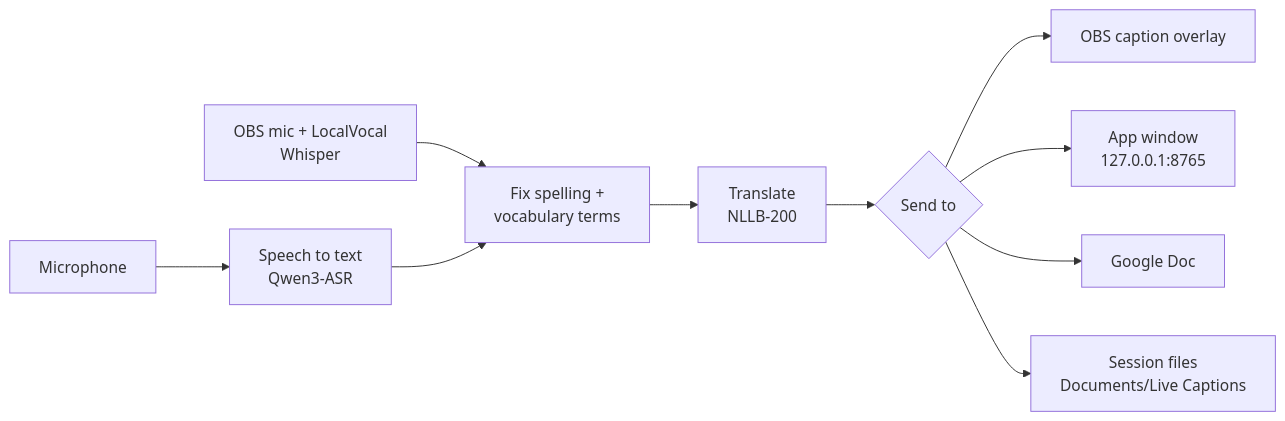
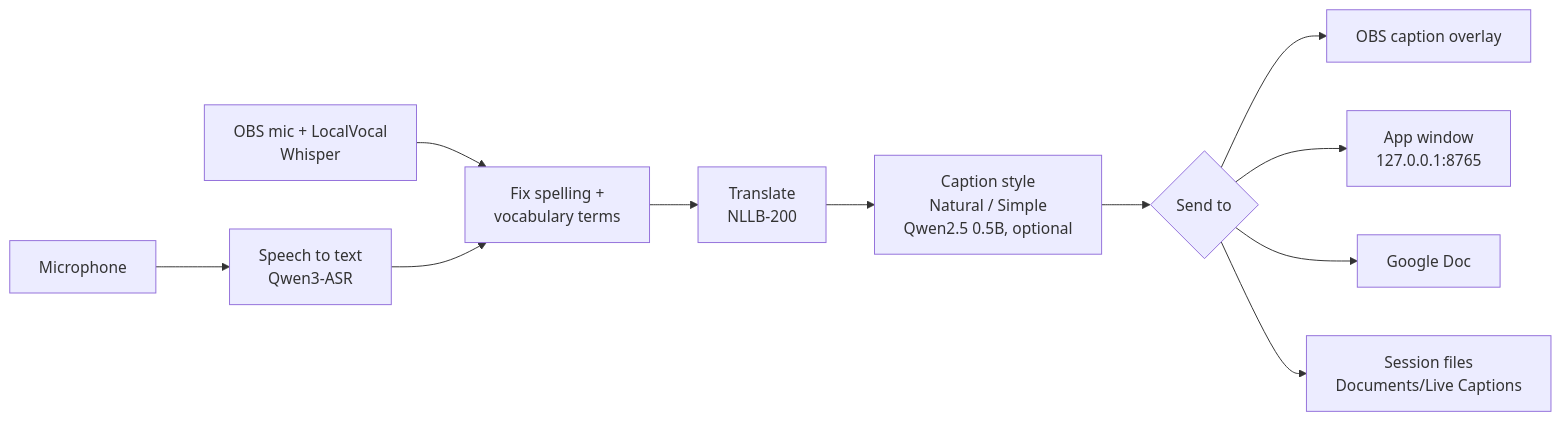
The first of 2 diagrams in docs/ARCHITECTURE.md (vivekarya2026/live-captions-obs), drawn with Mermaid before and after one commit. The commit also changed other lines of this file and 11 other files, not shown here.

Commit message:
Caption styles: Word for word / Natural / Simple (meaning-based, on-device Qwen2.5-0.5B int8, 1.5 s limit with word-for-word fallback and safety checks); tests + speed test; docs

````diff
--- a/docs/ARCHITECTURE.md
+++ b/docs/ARCHITECTURE.md
@@ -10,12 +10,13 @@
 ```mermaid
 flowchart LR
     MIC[Microphone] --> ASR[Speech to text<br/>Qwen3-ASR]
     OBSMIC[OBS mic + LocalVocal<br/>Whisper] --> FIX
     ASR --> FIX[Fix spelling +<br/>vocabulary terms]
     FIX --> NLLB[Translate<br/>NLLB-200]
-    NLLB --> OUT{Send to}
+    NLLB --> STYLE[Caption style<br/>Natural / Simple<br/>Qwen2.5 0.5B, optional]
+    STYLE --> OUT{Send to}
     OUT --> OVL[OBS caption overlay]
     OUT --> WIN[App window<br/>127.0.0.1:8765]
     OUT --> DOC[Google Doc]
     OUT --> FILES[Session files<br/>Documents/Live Captions]
 ```
````
